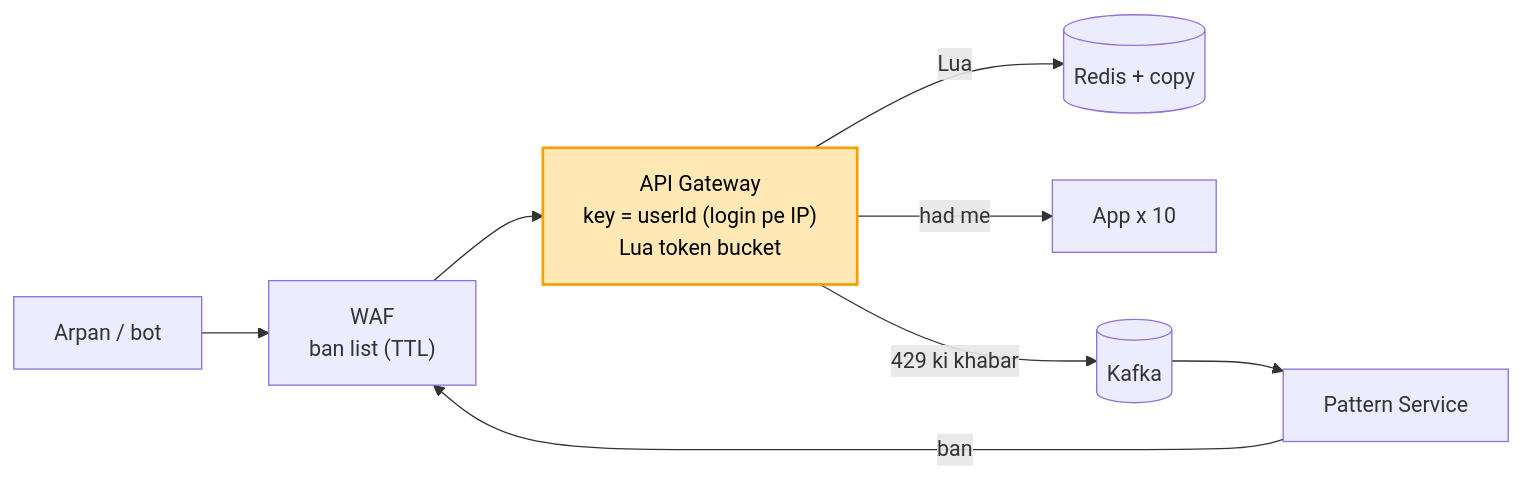
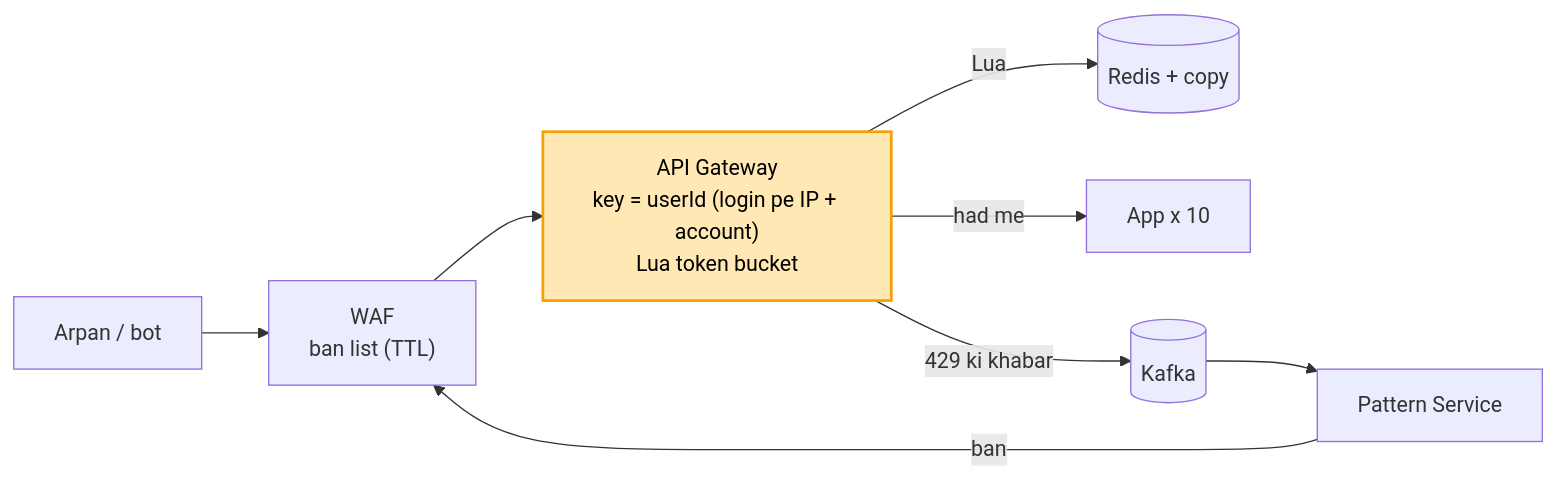
The eighth of 10 diagrams in 04_HLD/SYSTEM_DESIGNS/02_rate_limiter/02_rate_limiter.md (ArpanMaheshwari144/Prep), drawn with Mermaid before and after one commit. The commit also changed other lines of this file and 1 other file, not shown here.

Commit message:
rate limiter kadam 7: dikkat = credential stuffing (account had nahi lagti) -> IP had -> office atka; notes point 8

````diff
--- a/04_HLD/SYSTEM_DESIGNS/02_rate_limiter/02_rate_limiter.md
+++ b/04_HLD/SYSTEM_DESIGNS/02_rate_limiter/02_rate_limiter.md
@@ -264,11 +265,11 @@
 ```mermaid
 flowchart LR
     U["Arpan / bot"] --> W["WAF<br/>ban list (TTL)"]
-    W --> G["API Gateway<br/>key = userId (login pe IP)<br/>Lua token bucket"]
+    W --> G["API Gateway<br/>key = userId (login pe IP + account)<br/>Lua token bucket"]
     G -- "Lua" --> R[("Redis + copy")]
     G -- "had me" --> S["App x 10"]
     G -- "429 ki khabar" --> K[("Kafka")]
     K --> P["Pattern Service"]
     P -- "ban" --> W
     style G fill:#ffe8b3,stroke:#f59f00,stroke-width:2px,color:#000
 ```
````
